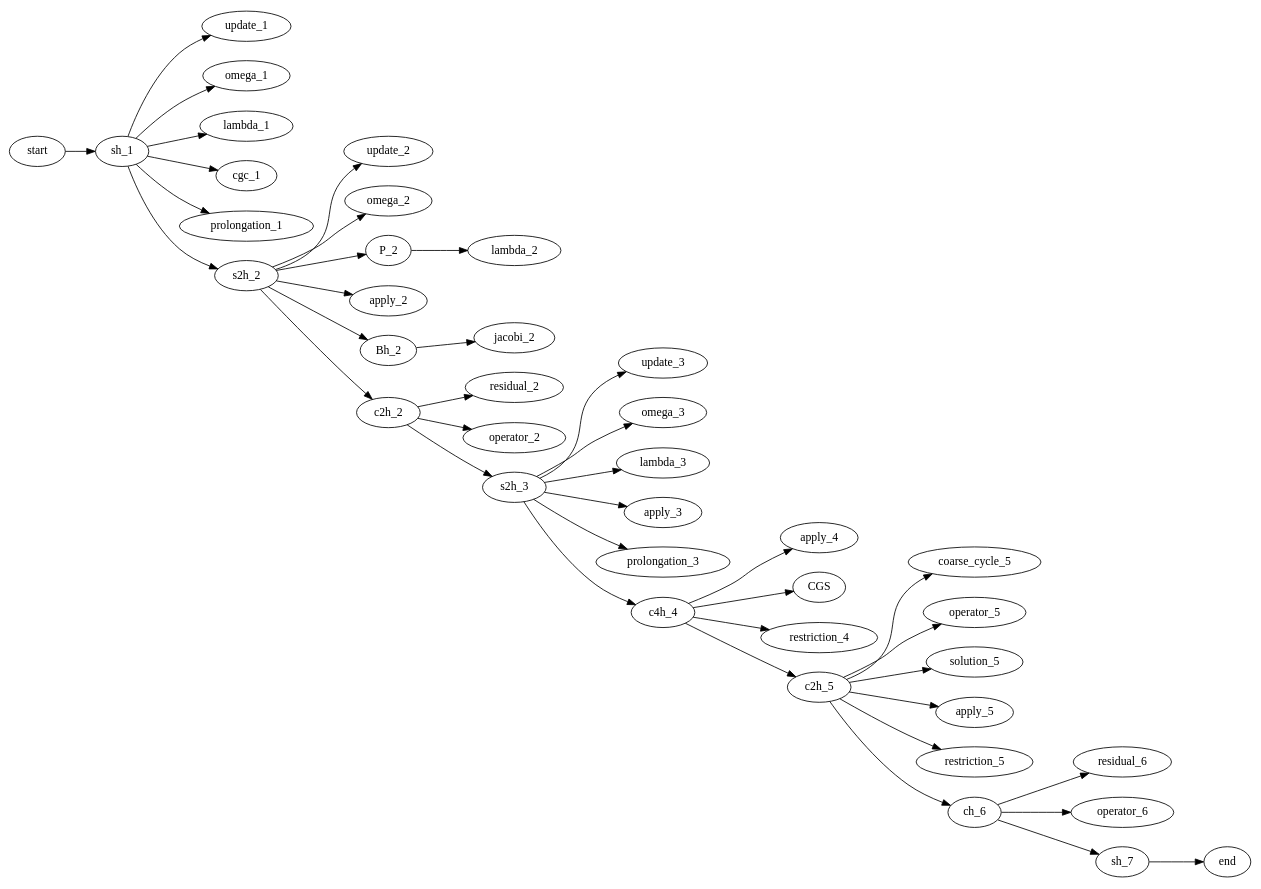
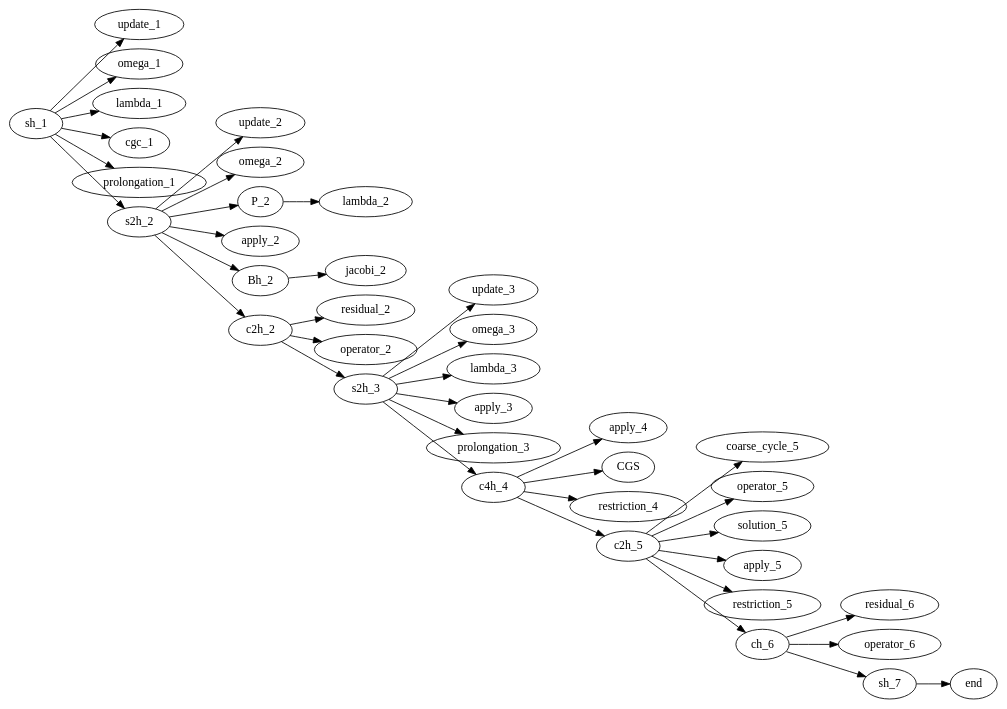
Before and after one commit to jonas-schmitt/thesis: the diagram in tree_generation_scripts/three_grid_method_grammar_tree.dot, drawn with Graphviz. The commit also changed 10 other files, not shown here.

```diff
--- a/tree_generation_scripts/three_grid_method_grammar_tree.dot
+++ b/tree_generation_scripts/three_grid_method_grammar_tree.dot
@@ -1,86 +1,89 @@
 digraph G {  
   rankdir=LR ;
-  ratio=0.7;
+  //ratio=1;
   ordering=in ;
-  start [texlbl="$\langle S \rangle$"];
-  start -> sh_1
+  nodesep=0.15;
+  ranksep=0.15;
+  splines=line;
+  //start [texlbl="$\langle S \rangle$"];
+  //start -> sh_1
   sh_1 [texlbl="$\langle s_h\rangle$"];
   sh_1 -> update_1
   sh_1 -> omega_1
   sh_1 -> lambda_1
   sh_1 -> cgc_1
   sh_1 -> prolongation_1
   sh_1 -> s2h_2
   update_1 [texlbl="\textsc{update}"];
   omega_1 [texlbl="$1.0$"];
   lambda_1 [texlbl="$\lambda$"];
   cgc_1 [texlbl="\textsc{cgc}"];
   prolongation_1 [texlbl="$I_{2h}^h$"];
   s2h_2 [texlbl="$\langle s_{2h}\rangle$"];
   s2h_2 -> update_2
   update_2 [texlbl="\textsc{update}"];
   s2h_2 -> omega_2
   omega_2 [texlbl="$0.6$"];
   s2h_2 -> P_2
   P_2 [texlbl="$\langle \mathcal P \rangle$"];
   P_2 -> lambda_2
   lambda_2 [texlbl="$\lambda$"];
   s2h_2 -> apply_2
   apply_2 [texlbl="\textsc{apply}"];
   s2h_2 -> Bh_2
   Bh_2 [texlbl="$\langle B_{2h} \rangle$"];
   Bh_2 -> jacobi_2
   jacobi_2 [texlbl="$D_{2h}^{-1}$"];
   s2h_2 -> c2h_2
 
   c2h_2 [texlbl="$\langle c_{2h} \rangle$"];
   c2h_2 -> residual_2
   residual_2 [texlbl="\textsc{residual}"];
   c2h_2 -> operator_2
   operator_2 [texlbl="$A_{2h}$"];
   c2h_2 -> s2h_3
   s2h_3 [texlbl="$\langle s_{2h}\rangle$"]; 
   s2h_3 -> update_3
   update_3 [texlbl="\textsc{update}"];
   s2h_3 -> omega_3
   omega_3 [texlbl="$1.0$"];
   s2h_3 -> lambda_3
   lambda_3 [texlbl="$\lambda$"];
   s2h_3 -> apply_3
   apply_3 [texlbl="\textsc{apply}"];
   s2h_3 -> prolongation_3
   prolongation_3 [texlbl="$I_{4h}^{2h}$"];
   s2h_3 -> c4h_4
   c4h_4 [texlbl="$\langle c_{4h} \rangle$"];
   apply_4 [texlbl="\textsc{apply}"];
   c4h_4 -> CGS
   CGS [texlbl="$A_{4h}^{-1}$"];
   c4h_4 -> apply_4
   apply_4 [texlbl="\textsc{apply}"];
   c4h_4 -> restriction_4
   restriction_4 [texlbl="$I_{2h}^{4h}$"];
   c4h_4 -> c2h_5
   c2h_5 [texlbl="$\langle c_{2h} \rangle$"];
   c2h_5 -> coarse_cycle_5
   coarse_cycle_5 [texlbl="\textsc{coarsening}"];
   c2h_5 -> operator_5
   operator_5 [texlbl="$A_{2h}$"];
   c2h_5 -> solution_5
   solution_5 [texlbl="$x^0_{2h}$"];
   c2h_5 -> apply_5
   apply_5 [texlbl="\textsc{apply}"];
   c2h_5 -> restriction_5
   restriction_5 [texlbl="$I_{h}^{2h}$"];
   c2h_5 -> ch_6
   ch_6 [texlbl="$\langle c_{h} \rangle$"];
   ch_6 -> residual_6
   residual_6 [texlbl="\textsc{residual}"];
   ch_6 -> operator_6
   operator_6 [texlbl="$A_{h}$"];
   ch_6 -> sh_7
   sh_7 [texlbl="$\langle s_{h} \rangle$"];
   sh_7 -> end
   
   
   end [texlbl="$(x_h^0, b_h, \lambda, \lambda)$"];
 }
```
